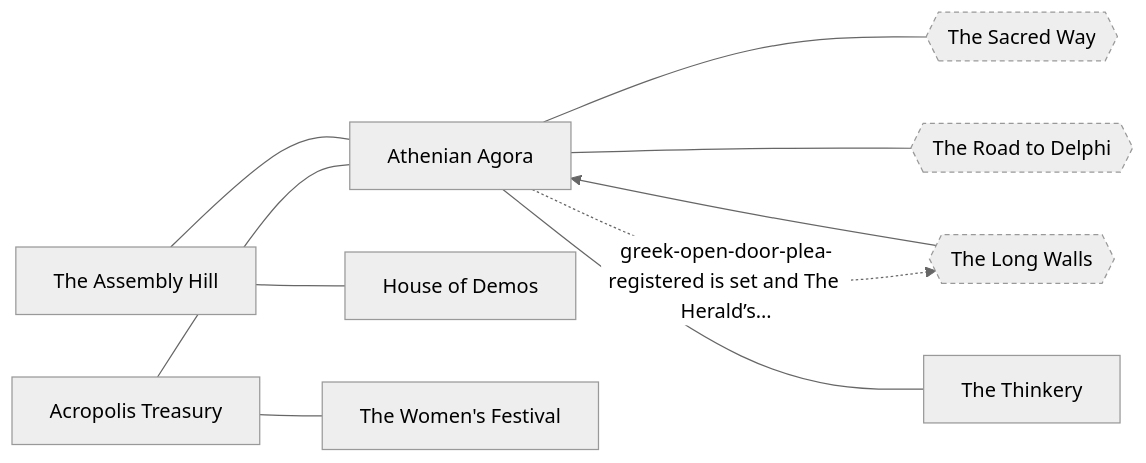
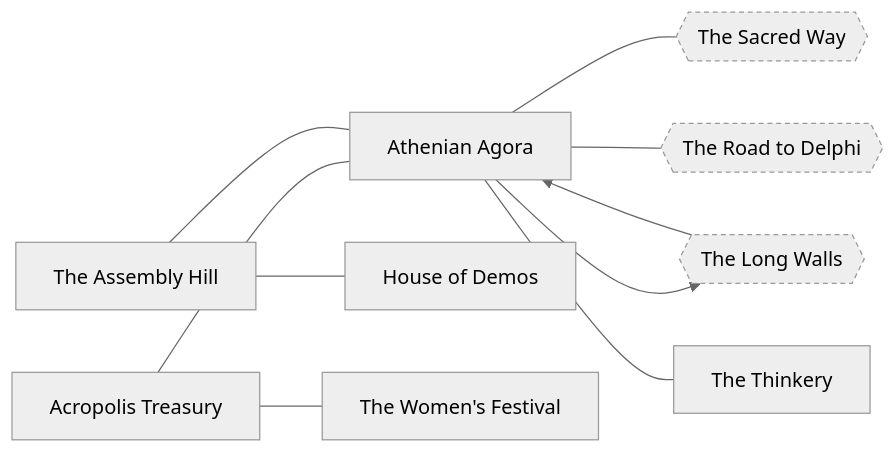
Before and after one commit to cenetex/cosyworld: the third of 14 diagrams in docs/maps/greek-drama.md, drawn with Mermaid (neutral theme). The commit also changed other lines of this file and 22 other files, not shown here.

First line of the commit message:
Open the Long Walls from the start: burial gates no road to Athens (#2698)

````diff
--- a/docs/maps/greek-drama.md
+++ b/docs/maps/greek-drama.md
@@ -115,24 +115,24 @@
 ```mermaid
 flowchart LR
   %% Athenian Agora
   n_greek_acropolis["Acropolis Treasury"]
   n_greek_assembly["The Assembly Hill"]
   n_greek_athens["Athenian Agora"]
   n_greek_demos_house["House of Demos"]
   n_greek_festival["The Women's Festival"]
   n_greek_thinkery["The Thinkery"]
   n_greek_road_athens_eleusis{{"The Sacred Way"}}
   n_greek_road_athens_piraeus{{"The Long Walls"}}
   n_greek_road_sacred_way{{"The Road to Delphi"}}
   n_greek_acropolis --- n_greek_athens
   n_greek_acropolis --- n_greek_festival
   n_greek_assembly --- n_greek_athens
   n_greek_assembly --- n_greek_demos_house
   n_greek_athens --- n_greek_road_athens_eleusis
-  n_greek_athens -. "greek-open-door-plea-registered is set and The Herald’s…" .-> n_greek_road_athens_piraeus
+  n_greek_athens --> n_greek_road_athens_piraeus
   n_greek_athens --- n_greek_road_sacred_way
   n_greek_athens --- n_greek_thinkery
   n_greek_road_athens_piraeus --> n_greek_athens
   classDef stub stroke-dasharray: 4 3
   class n_greek_road_athens_eleusis,n_greek_road_athens_piraeus,n_greek_road_sacred_way stub
 ```
````
